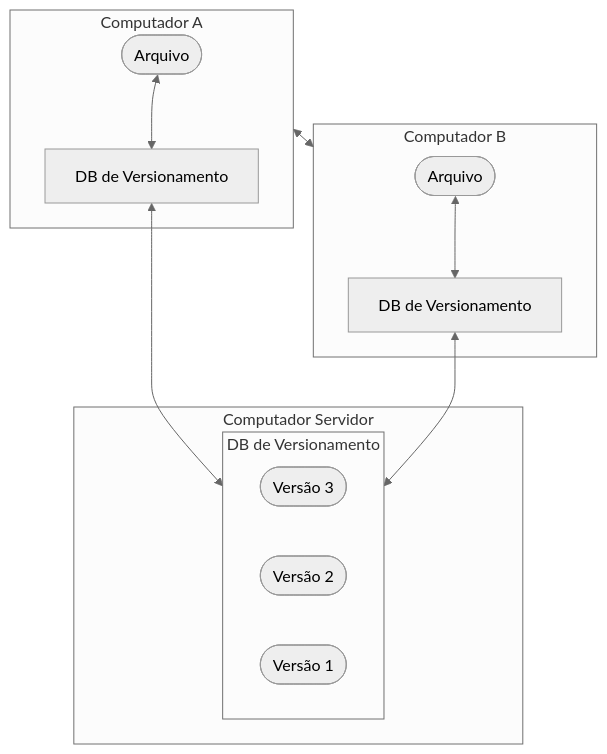
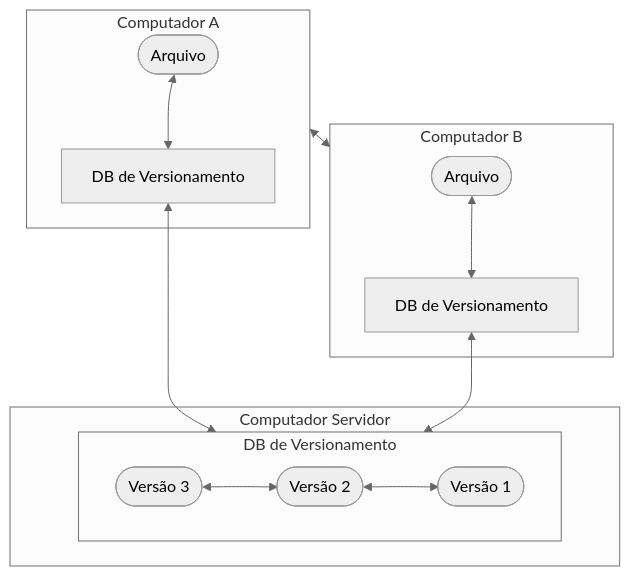
One commit to mjgargani/dev_lrn changed the third of 3 diagrams in docs/git/notes.md. Above: the diagram before and after it, drawn with Mermaid (neutral theme). The commit also changed other lines of this file, not shown here.

````diff
--- a/docs/git/notes.md
+++ b/docs/git/notes.md
@@ -64,22 +64,22 @@
 ```mermaid
 flowchart TD
     subgraph B [Computador Servidor]
         subgraph A [DB de Versionamento]
-            X([Versão 3])
-            Y([Versão 2])
+            X([Versão 3])<-->Y([Versão 2])
+            Y([Versão 2])<-->Z([Versão 1])
             Z([Versão 1])
         end
     end
 
     subgraph C [Computador A]
         F1([Arquivo])<-->D1[DB de Versionamento]
     end
 
     subgraph D [Computador B]
         F2([Arquivo])<-->D2[DB de Versionamento]
     end
 
     D1 <--> A
     D2 <--> A
     C <--> D   
 ```
````
